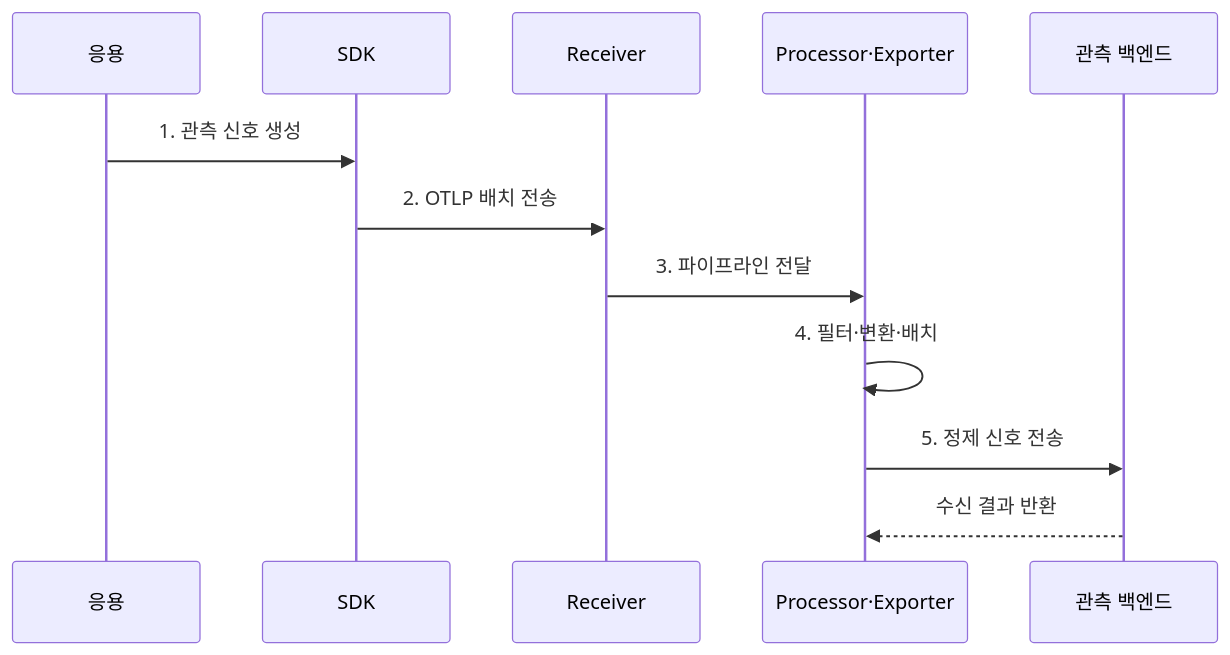
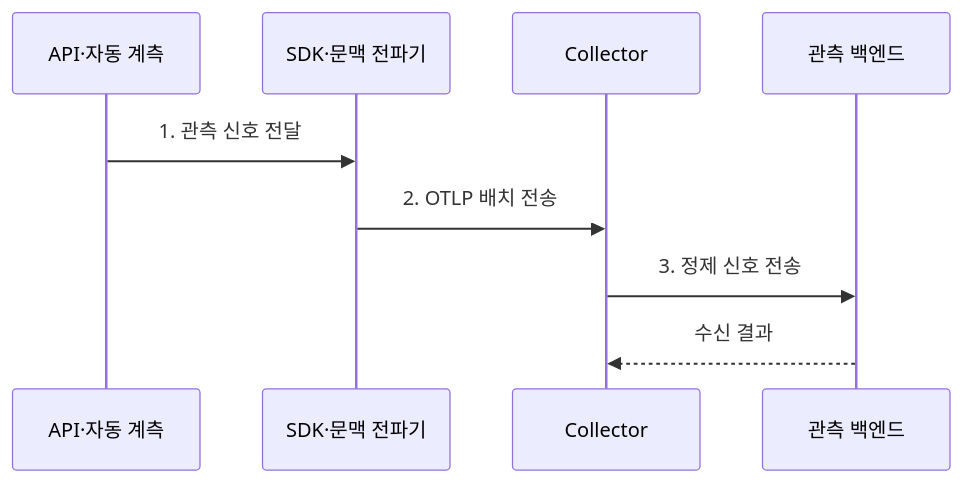
One commit to agnusdei1207/knowledge-base changed the second of 2 diagrams in src/content/docs/notes/03-software/162_opentelemetry.md. Above: the diagram before and after it, drawn with Mermaid. The commit also changed other lines of this file and 20 other files, not shown here.

````diff
--- a/src/content/docs/notes/03-software/162_opentelemetry.md
+++ b/src/content/docs/notes/03-software/162_opentelemetry.md
@@ -84,14 +83,11 @@
 ```mermaid
 sequenceDiagram
-    participant A as 응용
-    participant S as SDK
-    participant R as Receiver
-    participant P as Processor·Exporter
+    participant A as API·자동 계측
+    participant S as SDK·문맥 전파기
+    participant C as Collector
     participant B as 관측 백엔드
-    A->>S: 1. 관측 신호 생성
-    S->>R: 2. OTLP 배치 전송
-    R->>P: 3. 파이프라인 전달
-    P->>P: 4. 필터·변환·배치
-    P->>B: 5. 정제 신호 전송
-    B-->>P: 수신 결과 반환
+    A->>S: 1. 관측 신호 전달
+    S->>C: 2. OTLP 배치 전송
+    C->>B: 3. 정제 신호 전송
+    B-->>C: 수신 결과
 ```
````
